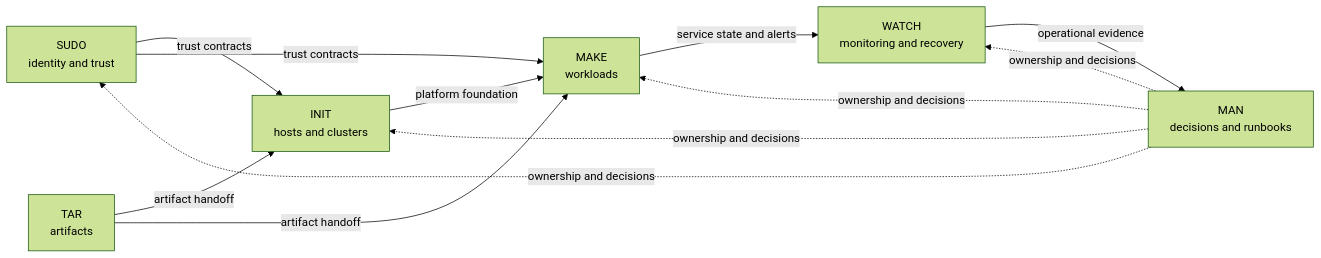
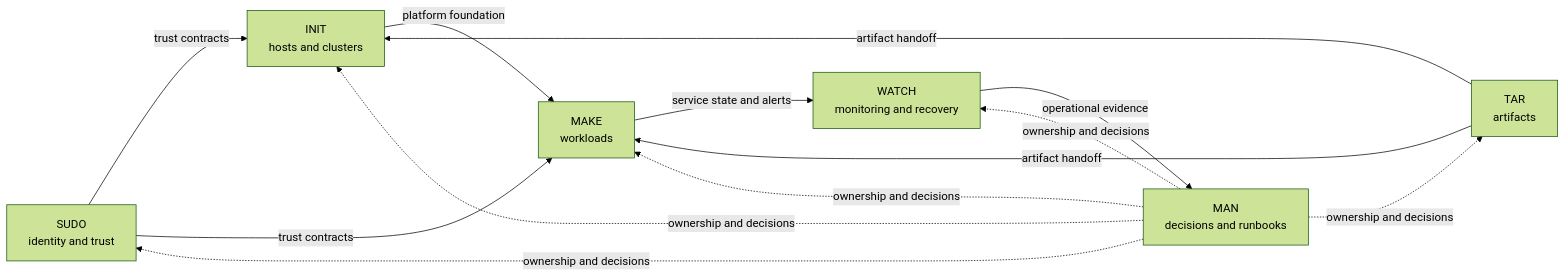
Before and after one commit to max-vie/shell: the diagram in README.md, drawn with Mermaid (forest theme). The commit also changed other lines of this file and 9 other files, not shown here.

````diff
--- a/README.md
+++ b/README.md
@@ -7,14 +12,15 @@
 ```mermaid
 flowchart LR
     SUDO["SUDO<br/>identity and trust"] -->|trust contracts| INIT["INIT<br/>hosts and clusters"]
     TAR["TAR<br/>artifacts"] -->|artifact handoff| INIT
     INIT -->|platform foundation| MAKE["MAKE<br/>workloads"]
     SUDO -->|trust contracts| MAKE
     TAR -->|artifact handoff| MAKE
     MAKE -->|service state and alerts| WATCH["WATCH<br/>monitoring and recovery"]
     WATCH -->|operational evidence| MAN["MAN<br/>decisions and runbooks"]
     MAN -. ownership and decisions .-> SUDO
+    MAN -. ownership and decisions .-> TAR
     MAN -. ownership and decisions .-> INIT
     MAN -. ownership and decisions .-> MAKE
     MAN -. ownership and decisions .-> WATCH
 ```
````
